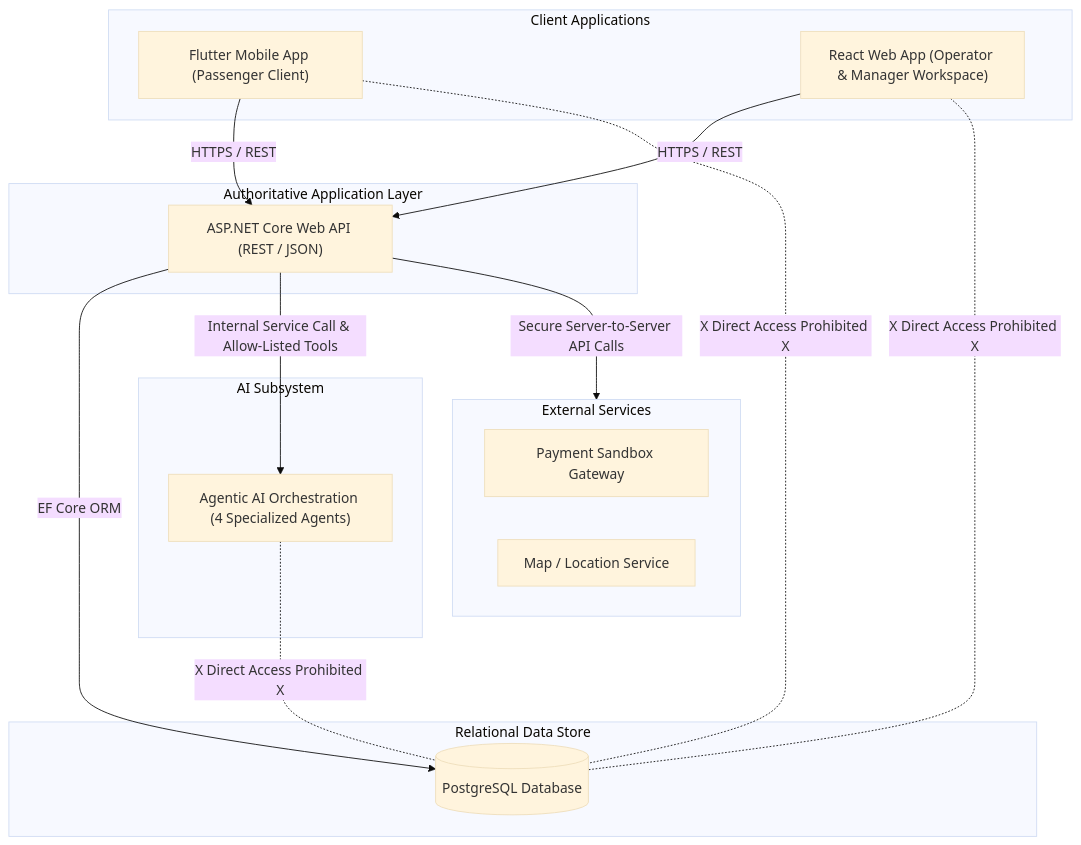
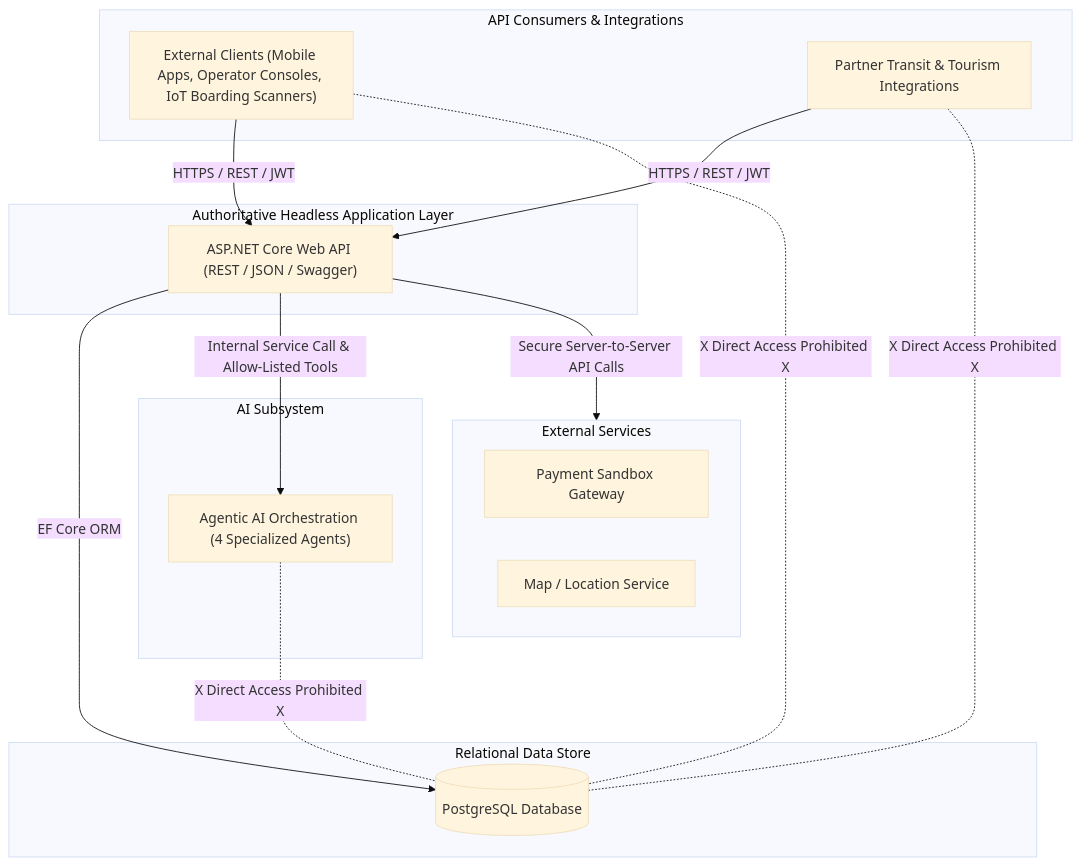
The first of 2 diagrams in docs/architecture/system-architecture.md (NuhadhMohomed/WayPoint), drawn with Mermaid (base theme) before and after one commit. The commit also changed other lines of this file and 266 other files, not shown here.

````diff
--- a/docs/architecture/system-architecture.md
+++ b/docs/architecture/system-architecture.md
@@ -11,35 +11,35 @@
 ```mermaid
 graph TD
-    subgraph Clients["Client Applications"]
-        Flutter["Flutter Mobile App (Passenger Client)"]
-        React["React Web App (Operator & Manager Workspace)"]
+    subgraph Consumers["API Consumers & Integrations"]
+        ExtClients["External Clients (Mobile Apps, Operator Consoles, IoT Boarding Scanners)"]
+        PartnerAPIs["Partner Transit & Tourism Integrations"]
     end
 
-    subgraph Backend["Authoritative Application Layer"]
-        API["ASP.NET Core Web API (REST / JSON)"]
+    subgraph Backend["Authoritative Headless Application Layer"]
+        API["ASP.NET Core Web API (REST / JSON / Swagger)"]
     end
 
     subgraph Storage["Relational Data Store"]
         Postgres[(PostgreSQL Database)]
     end
 
     subgraph AI["AI Subsystem"]
         Orchestration["Agentic AI Orchestration (4 Specialized Agents)"]
     end
 
     subgraph External["External Services"]
         Payment["Payment Sandbox Gateway"]
         Maps["Map / Location Service"]
     end
 
-    Flutter -->|HTTPS / REST| API
-    React -->|HTTPS / REST| API
+    ExtClients -->|HTTPS / REST / JWT| API
+    PartnerAPIs -->|HTTPS / REST / JWT| API
     API -->|EF Core ORM| Postgres
     API -->|Internal Service Call & Allow-Listed Tools| Orchestration
     API -->|Secure Server-to-Server API Calls| External
 
     %% Boundary Violations (Prohibited Connections)
-    Flutter -. X Direct Access Prohibited X .- Postgres
-    React -. X Direct Access Prohibited X .- Postgres
+    ExtClients -. X Direct Access Prohibited X .- Postgres
+    PartnerAPIs -. X Direct Access Prohibited X .- Postgres
     Orchestration -. X Direct Access Prohibited X .- Postgres
 ```
````
